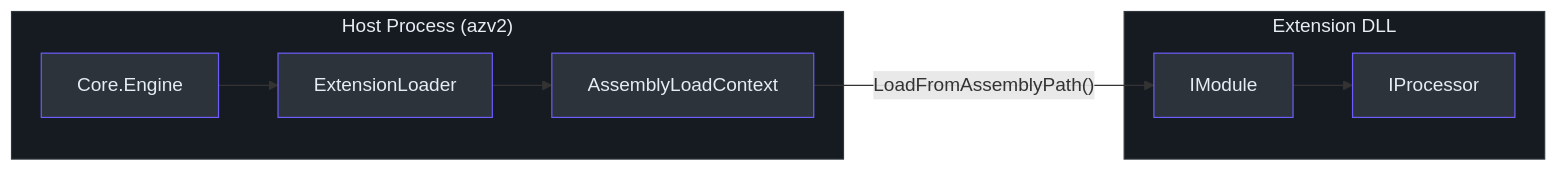
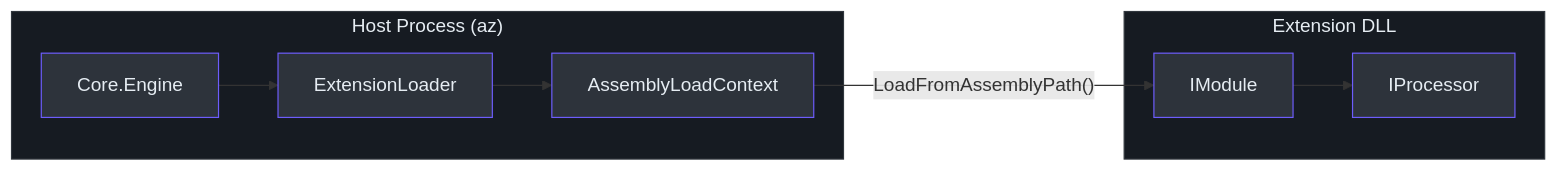
The first of 4 diagrams in wiki/zero-to-hero-guide.md (Azure/azclips), drawn with Mermaid before and after one commit. The commit also changed other lines of this file and 136 other files, not shown here.

````diff
--- a/wiki/zero-to-hero-guide.md
+++ b/wiki/zero-to-hero-guide.md
@@ -162,18 +162,18 @@
 ```mermaid
 graph LR
-  subgraph Host["Host Process (azv2)"]
+  subgraph Host["Host Process (az)"]
     style Host fill:#161b22,stroke:#30363d,color:#e6edf3
     A["Core.Engine"] --> B["ExtensionLoader"]
     B --> C["AssemblyLoadContext"]
   end
   subgraph Ext["Extension DLL"]
     style Ext fill:#161b22,stroke:#30363d,color:#e6edf3
     D["IModule"] --> E["IProcessor"]
   end
   C -->|"LoadFromAssemblyPath()"| D
   style A fill:#2d333b,stroke:#6d5dfc,color:#e6edf3
   style B fill:#2d333b,stroke:#6d5dfc,color:#e6edf3
   style C fill:#2d333b,stroke:#6d5dfc,color:#e6edf3
   style D fill:#2d333b,stroke:#6d5dfc,color:#e6edf3
   style E fill:#2d333b,stroke:#6d5dfc,color:#e6edf3
 ```
````
